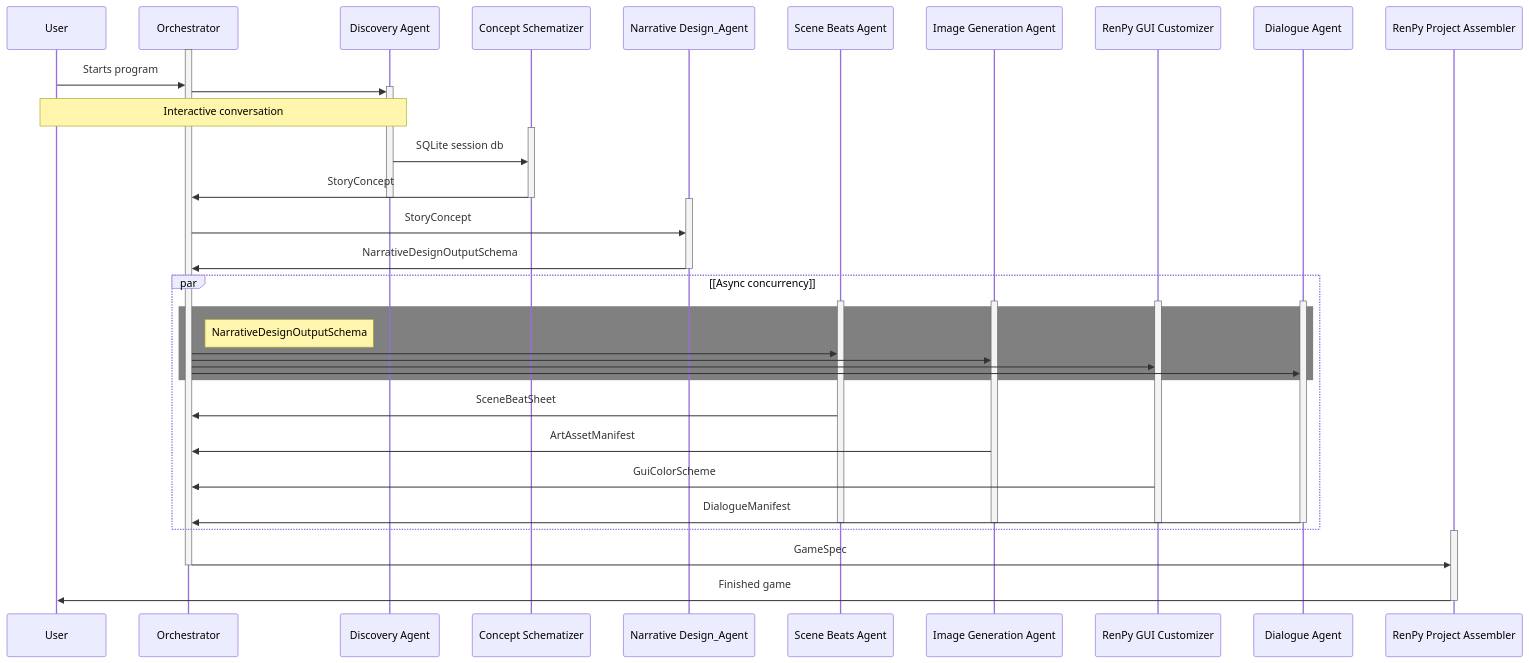
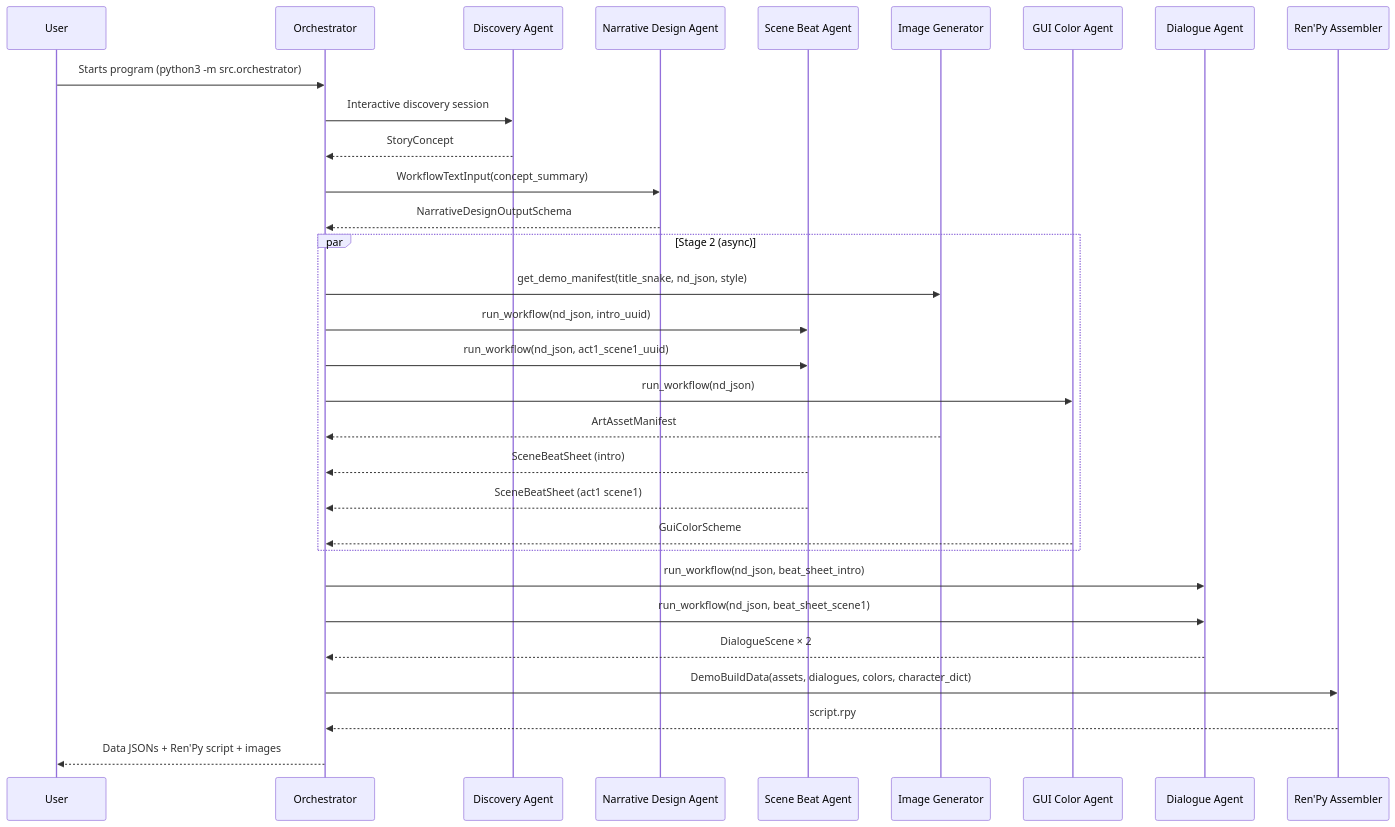
Before and after one commit to danglenzig/KARLA_PROD: the diagram in README.md, drawn with Mermaid.

````diff
--- a/README.md
+++ b/README.md
@@ -103,57 +103,38 @@
 ```mermaid
 sequenceDiagram
     participant USER as User
     participant ORCH as Orchestrator
     participant DISC as Discovery Agent
-    participant CONC as Concept Schematizer
-    participant NARR as Narrative Design_Agent
-    participant BEAT as Scene Beats Agent
-    participant ARTS as Image Generation Agent
-    participant COLO as RenPy GUI Customizer
+    participant NARR as Narrative Design Agent
+    participant BEAT as Scene Beat Agent
+    participant ARTS as Image Generator
+    participant COLO as GUI Color Agent
     participant DIAL as Dialogue Agent
-    participant RNPY as RenPy Project Assembler
+    participant RNPY as Ren'Py Assembler
 
-    activate ORCH
-    USER->>ORCH: Starts program
-    activate DISC
-    ORCH->>DISC:
-    Note over DISC,USER: Interactive conversation
-    activate CONC
-    DISC->>CONC: SQLite session db
-    CONC->>ORCH: StoryConcept
-    deactivate CONC
-    deactivate DISC
+    USER->>ORCH: Starts program (python3 -m src.orchestrator)
+    ORCH->>DISC: Interactive discovery session
+    DISC-->>ORCH: StoryConcept
 
-    activate NARR
-    ORCH->>NARR: StoryConcept
-    NARR->>ORCH: NarrativeDesignOutputSchema
-    deactivate NARR
-    
-    par [Async concurrency]
-        activate BEAT
-        activate ARTS
-        activate COLO
-        activate DIAL
-        rect rgb(128,128,128)
-        note right of ORCH: NarrativeDesignOutputSchema
-        ORCH->>BEAT:
-        ORCH->>ARTS:
-        ORCH->>COLO:
-        ORCH->>DIAL:
-        end
-        BEAT->>ORCH: SceneBeatSheet
-        ARTS->>ORCH: ArtAssetManifest
-        COLO->>ORCH: GuiColorScheme
-        DIAL->>ORCH: DialogueManifest
-        deactivate BEAT
-        deactivate ARTS
-        deactivate COLO
-        deactivate DIAL
+    ORCH->>NARR: WorkflowTextInput(concept_summary)
+    NARR-->>ORCH: NarrativeDesignOutputSchema
+
+    par Stage 2 (async)
+        ORCH->>ARTS: get_demo_manifest(title_snake, nd_json, style)
+        ORCH->>BEAT: run_workflow(nd_json, intro_uuid)
+        ORCH->>BEAT: run_workflow(nd_json, act1_scene1_uuid)
+        ORCH->>COLO: run_workflow(nd_json)
+        ARTS-->>ORCH: ArtAssetManifest
+        BEAT-->>ORCH: SceneBeatSheet (intro)
+        BEAT-->>ORCH: SceneBeatSheet (act1 scene1)
+        COLO-->>ORCH: GuiColorScheme
     end
-    
-    activate RNPY
-    ORCH->>RNPY: GameSpec
-    deactivate ORCH
-    RNPY->>USER: Finished game
-    deactivate RNPY
+
+    ORCH->>DIAL: run_workflow(nd_json, beat_sheet_intro)
+    ORCH->>DIAL: run_workflow(nd_json, beat_sheet_scene1)
+    DIAL-->>ORCH: DialogueScene × 2
+
+    ORCH->>RNPY: DemoBuildData(assets, dialogues, colors, character_dict)
+    RNPY-->>ORCH: script.rpy
+    ORCH-->>USER: Data JSONs + Ren'Py script + images
 ```
````
